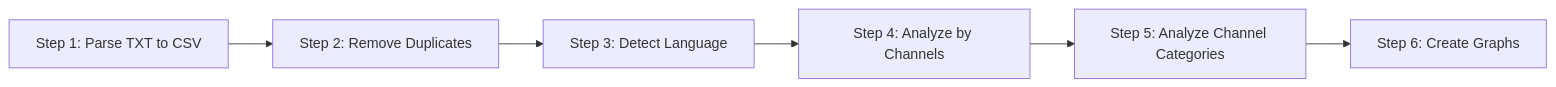
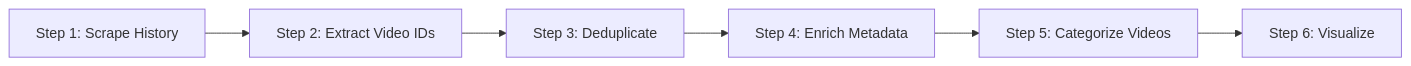
The diagram in README.md (parrottizing/youtube_history_analyzer), drawn with Mermaid before and after one commit. The commit also changed other lines of this file and 1 other file, not shown here.

````diff
--- a/README.md
+++ b/README.md
@@ -17,8 +10,8 @@
 ```mermaid
 flowchart LR
-    A[Step 1: Parse TXT to CSV] --> B[Step 2: Remove Duplicates]
-    B --> C[Step 3: Detect Language]
-    C --> D[Step 4: Analyze by Channels]
-    D --> E[Step 5: Analyze Channel Categories]
-    E --> F[Step 6: Create Graphs]
+    A[Step 1: Scrape History] --> B[Step 2: Extract Video IDs]
+    B --> C[Step 3: Deduplicate]
+    C --> D[Step 4: Enrich Metadata]
+    D --> E[Step 5: Categorize Videos]
+    E --> F[Step 6: Visualize]
 ```
````
